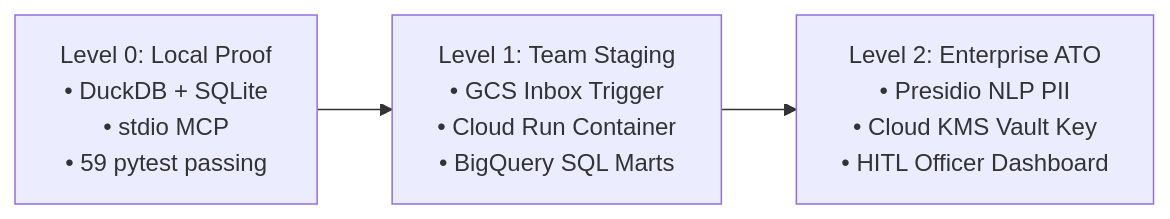
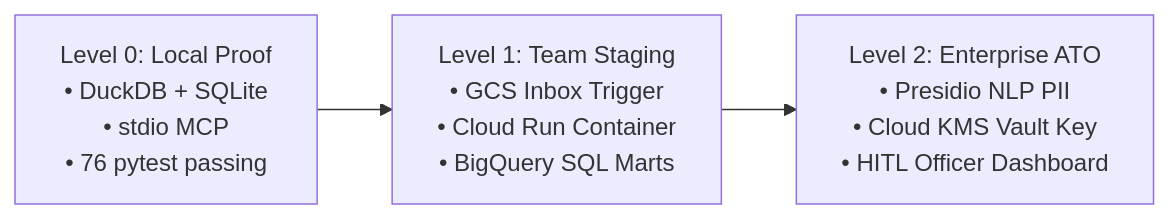
Before and after one commit to khaosans/operator-etl: the second of 2 diagrams in docs/Operator-ETL-White-Paper.md, drawn with Mermaid. The commit also changed other lines of this file and 33 other files, not shown here.

````diff
--- a/docs/Operator-ETL-White-Paper.md
+++ b/docs/Operator-ETL-White-Paper.md
@@ -582,5 +582,5 @@
 ```mermaid
 flowchart LR
-    L0["Level 0: Local Proof<br/>• DuckDB + SQLite<br/>• stdio MCP<br/>• 59 pytest passing"] --> L1["Level 1: Team Staging<br/>• GCS Inbox Trigger<br/>• Cloud Run Container<br/>• BigQuery SQL Marts"]
+    L0["Level 0: Local Proof<br/>• DuckDB + SQLite<br/>• stdio MCP<br/>• 76 pytest passing"] --> L1["Level 1: Team Staging<br/>• GCS Inbox Trigger<br/>• Cloud Run Container<br/>• BigQuery SQL Marts"]
     L1 --> L2["Level 2: Enterprise ATO<br/>• Presidio NLP PII<br/>• Cloud KMS Vault Key<br/>• HITL Officer Dashboard"]
 ```
````
